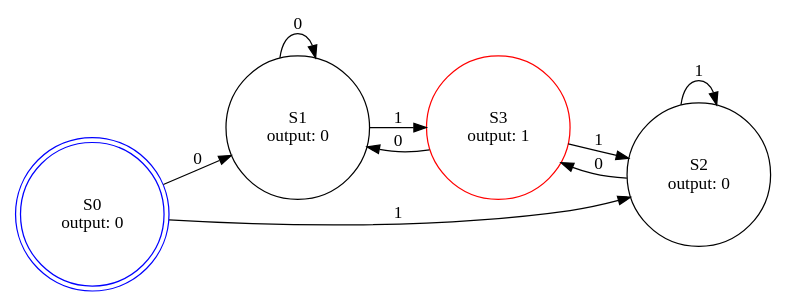
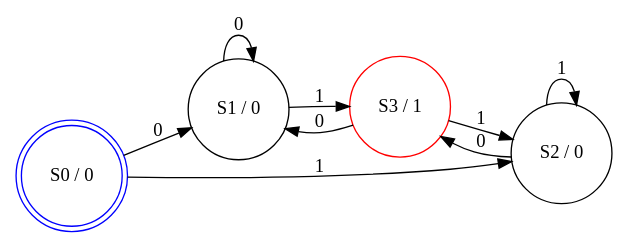
Before and after one commit to HotCucumber1/automata-theory: the diagram in Transform/input/moore.dot, drawn with Graphviz. The commit also changed 33 other files, not shown here.

```diff
--- a/Transform/input/moore.dot
+++ b/Transform/input/moore.dot
@@ -1,23 +1,21 @@
 digraph SimpleMooreMachine {
-    rankdir=LR;  // Left to Right layout
+    rankdir=LR
     size="8,5";
 
-    // Состояния с выходами (формат: State [label="StateName\noutput: value"])
-    S0 [label="S0\noutput: 0", shape=doublecircle, color=blue];
-    S1 [label="S1\noutput: 0", shape=circle];
-    S2 [label="S2\noutput: 0", shape=circle];
-    S3 [label="S3\noutput: 1", shape=circle, color=red];  // Конечное состояние с выходом 1
+    S0 [label="S0 / 0", shape=doublecircle, color=blue];
+    S1 [label="S1 / 0", shape=circle];
+    S2 [label="S2 / 0", shape=circle];
+    S3 [label="S3 / 1", shape=circle, color=red];
 
-    // Переходы (только входы, без выходов!)
     S0 -> S1 [label="0"];
     S0 -> S2 [label="1"];
 
     S1 -> S1 [label="0"];
-    S1 -> S3 [label="1"];  // При входе "1" из S1 переходим в S3
+    S1 -> S3 [label="1"];
 
-    S2 -> S3 [label="0"];  // При входе "0" из S2 переходим в S3
+    S2 -> S3 [label="0"];
     S2 -> S2 [label="1"];
 
     S3 -> S1 [label="0"];
     S3 -> S2 [label="1"];
 }
```
